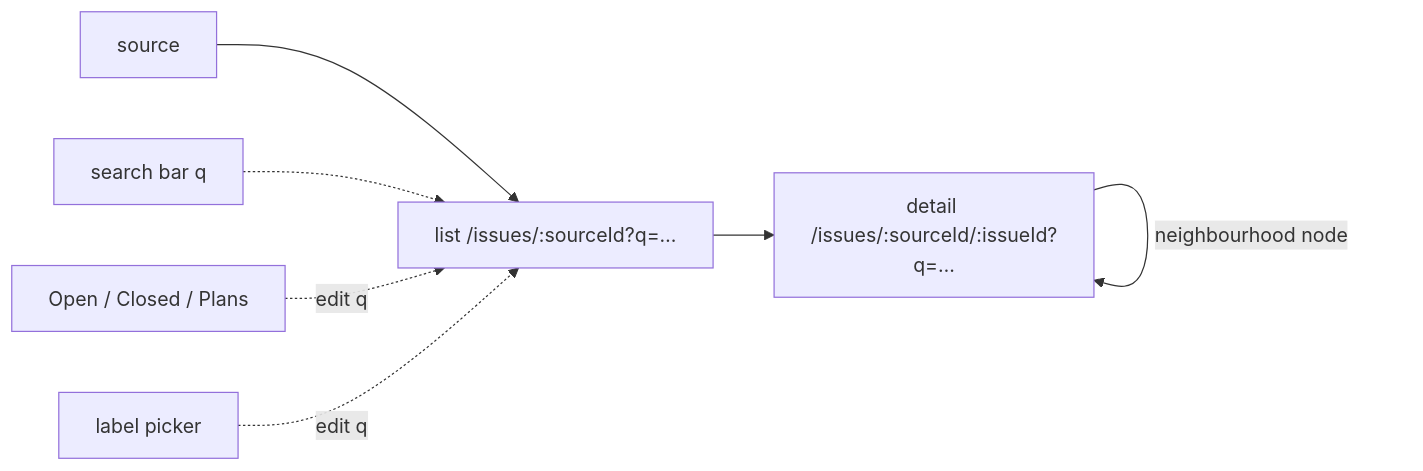
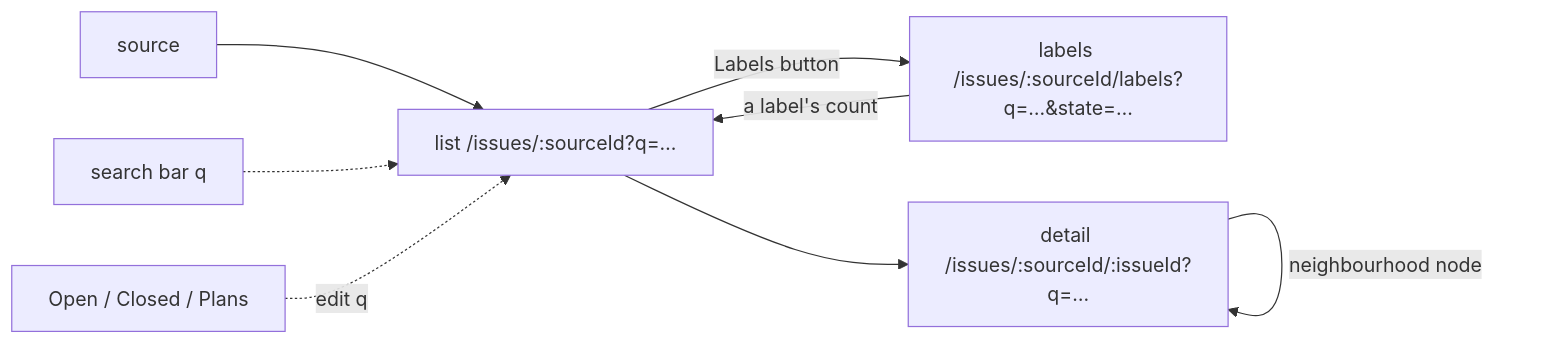
One commit to ngicks/crabswarm changed the second of 2 diagrams in doc/plan/2026-09-04-plans_in_beads/PLAN.md. Above: the diagram before and after it, drawn with Mermaid. The commit also changed other lines of this file and 13 other files, not shown here.

First line of the commit message:
✨(mock,plan): labels page from the sidebar instead of a label picker (d24)

````diff
--- a/doc/plan/2026-09-04-plans_in_beads/PLAN.md
+++ b/doc/plan/2026-09-04-plans_in_beads/PLAN.md
@@ -234,9 +235,10 @@
 ```mermaid
 flowchart LR
     src[source] --> list[list /issues/:sourceId?q=…]
     bar[search bar q] -.-> list
     state[Open / Closed / Plans] -.edit q.-> list
-    labels[label picker] -.edit q.-> list
+    list -->|Labels button| labels[labels /issues/:sourceId/labels?q=…&state=…]
+    labels -->|a label's count| list
     list --> detail[detail /issues/:sourceId/:issueId?q=…]
     detail -->|neighbourhood node| detail
 ```
````
